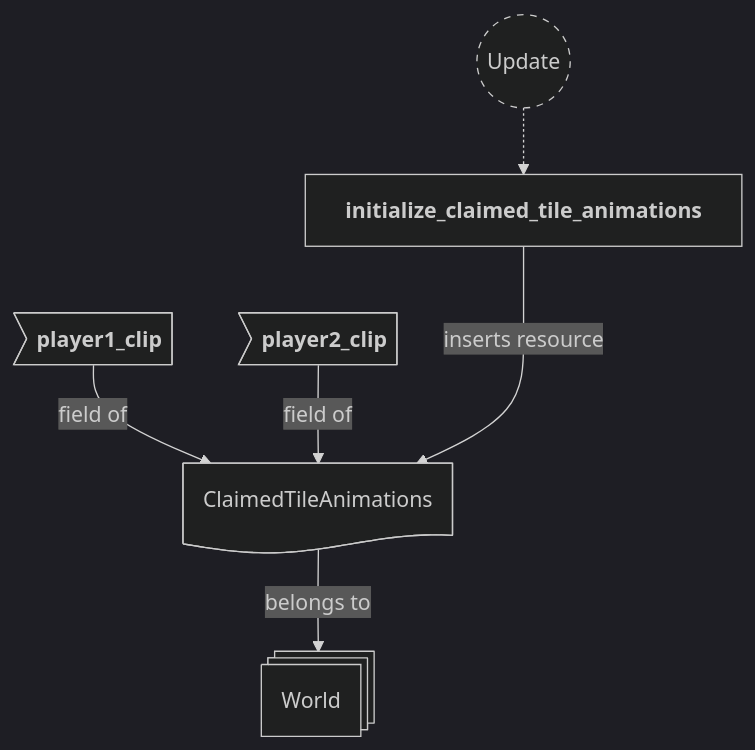
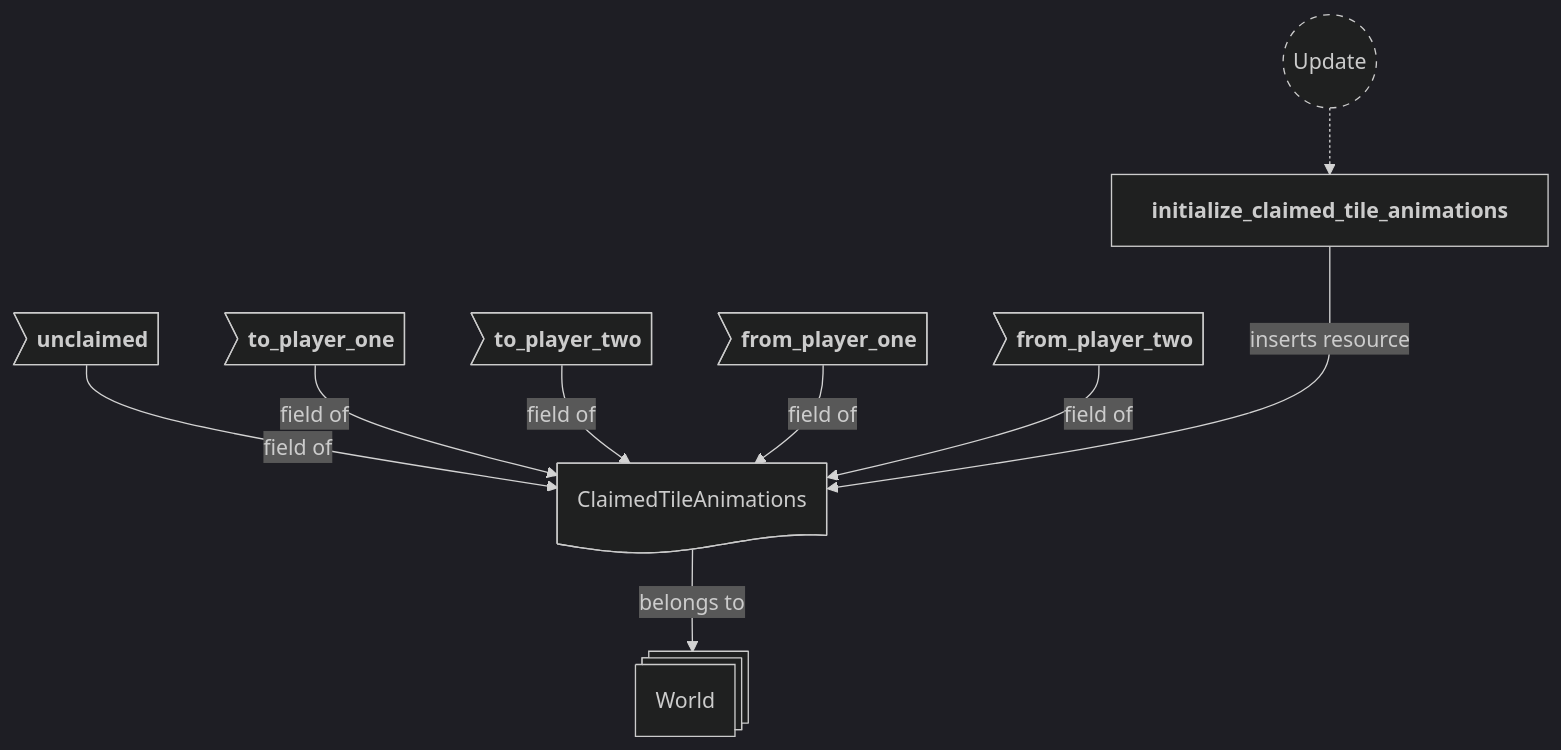
Diagram 13 of 20 in backlog/docs/doc-5 - 004-Animations-plugin.md (neurosoup/tyled), drawn with Mermaid before and after one commit. The commit also changed other lines of this file, not shown here.

````diff
--- a/backlog/docs/doc-5 - 004-Animations-plugin.md
+++ b/backlog/docs/doc-5 - 004-Animations-plugin.md
@@ -542,26 +512,32 @@
 ```mermaid
 ---
 config:
   theme: dark
 ---
 
 flowchart TD
 classDef system-group stroke-dasharray: 5 5
 
 update(("`Update`")):::system-group
 initialize_claimed_tile_animations["`**initialize_claimed_tile_animations**`"]
 
 update -.-> initialize_claimed_tile_animations
 
 world@{ shape: st-rect, label: "World" }
 ct_anims_res@{ shape: doc, label: "ClaimedTileAnimations" }
 
-ct_anims_player1>"`**player1_clip**`"]
-ct_anims_player2>"`**player2_clip**`"]
+ct_anims_unclaimed>"`**unclaimed**`"]
+ct_anims_to1>"`**to_player_one**`"]
+ct_anims_to2>"`**to_player_two**`"]
+ct_anims_from1>"`**from_player_one**`"]
+ct_anims_from2>"`**from_player_two**`"]
 
 ct_anims_res --> |belongs to| world
-ct_anims_player1 --> |field of| ct_anims_res
-ct_anims_player2 --> |field of| ct_anims_res
+ct_anims_unclaimed --> |field of| ct_anims_res
+ct_anims_to1 --> |field of| ct_anims_res
+ct_anims_to2 --> |field of| ct_anims_res
+ct_anims_from1 --> |field of| ct_anims_res
+ct_anims_from2 --> |field of| ct_anims_res
 
 initialize_claimed_tile_animations ---> |inserts resource| ct_anims_res
 ```
````
